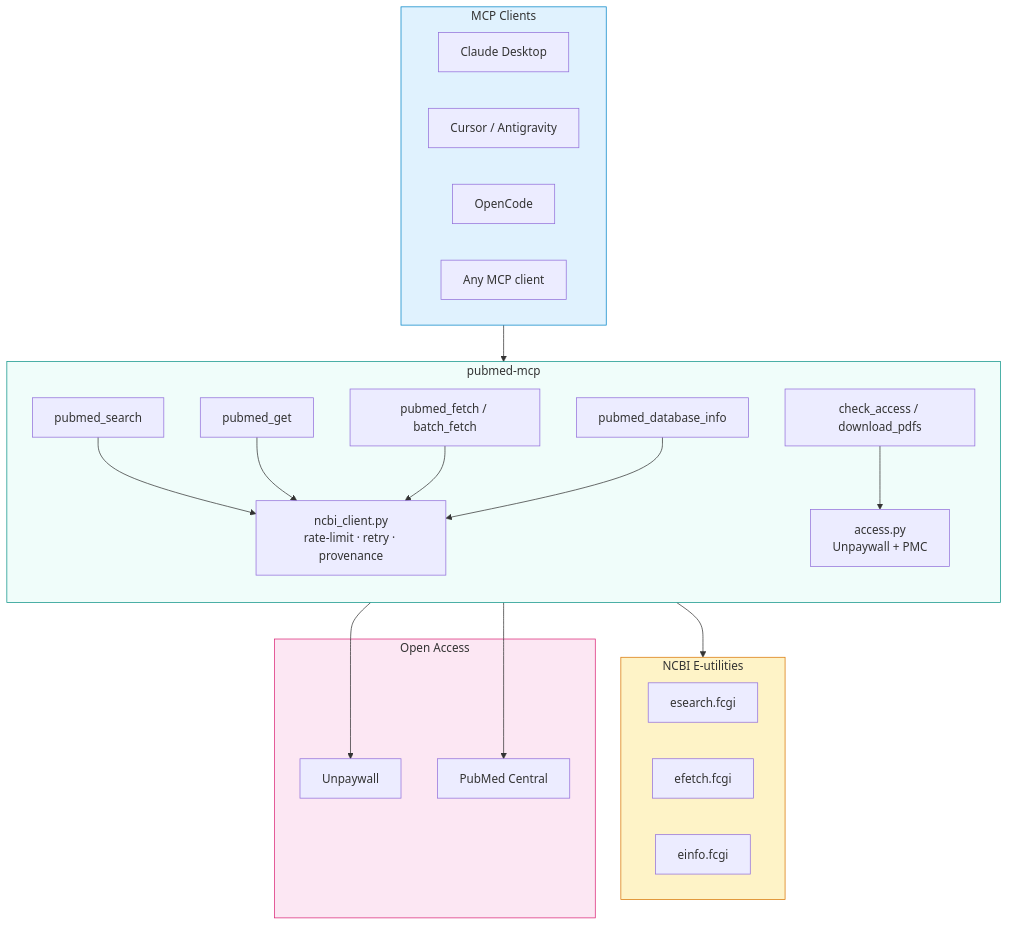
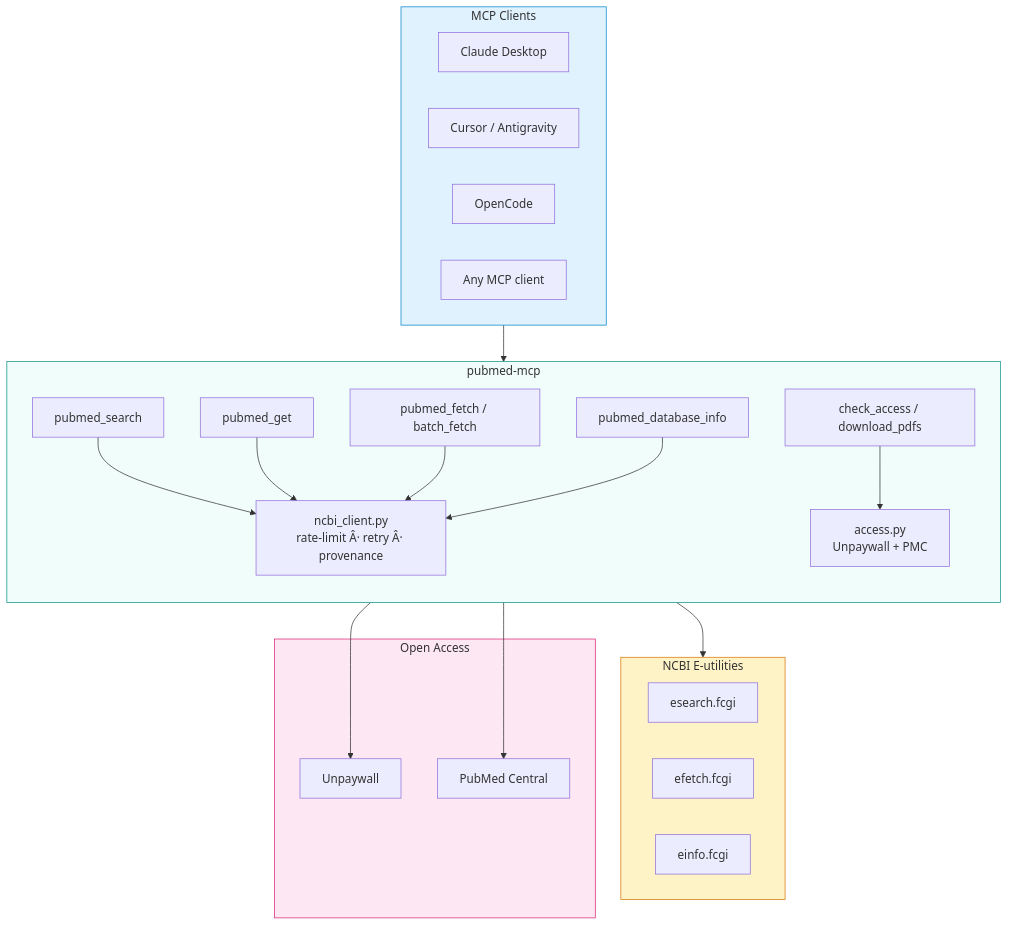
One commit to ahsanmandhar-ui/pubmed-mcp changed the first of 2 diagrams in README.md. Above: the diagram before and after it, drawn with Mermaid. The commit also changed other lines of this file and 1 other file, not shown here.

````diff
--- a/README.md
+++ b/README.md
@@ -33,44 +33,44 @@
 ```mermaid
 flowchart TB
     subgraph Client["MCP Clients"]
         A[Claude Desktop]
         B[Cursor / Antigravity]
         C[OpenCode]
         D[Any MCP client]
     end
 
     subgraph Server["pubmed-mcp"]
         direction TB
         T1[pubmed_search]
         T2[pubmed_get]
         T3[pubmed_fetch / batch_fetch]
         T4[check_access / download_pdfs]
         T5[pubmed_database_info]
         
-        NC["ncbi_client.py<br/>rate-limit · retry · provenance"]
+        NC["ncbi_client.py<br/>rate-limit Â· retry Â· provenance"]
         ACC["access.py<br/>Unpaywall + PMC"]
     end
 
     subgraph NCBI["NCBI E-utilities"]
         ES[esearch.fcgi]
         EF[efetch.fcgi]
         EI[einfo.fcgi]
     end
 
     subgraph External["Open Access"]
         UP[Unpaywall]
         PMC[PubMed Central]
     end
 
     Client --> Server
     T1 & T2 & T3 & T5 --> NC
     T4 --> ACC
     NC --> NCBI
     ACC --> UP
     ACC --> PMC
 
     style Client fill:#e0f2fe,stroke:#0284c7
     style Server fill:#f0fdfa,stroke:#0d9488
     style NCBI fill:#fef3c7,stroke:#d97706
     style External fill:#fce7f3,stroke:#db2777
 ```
````
